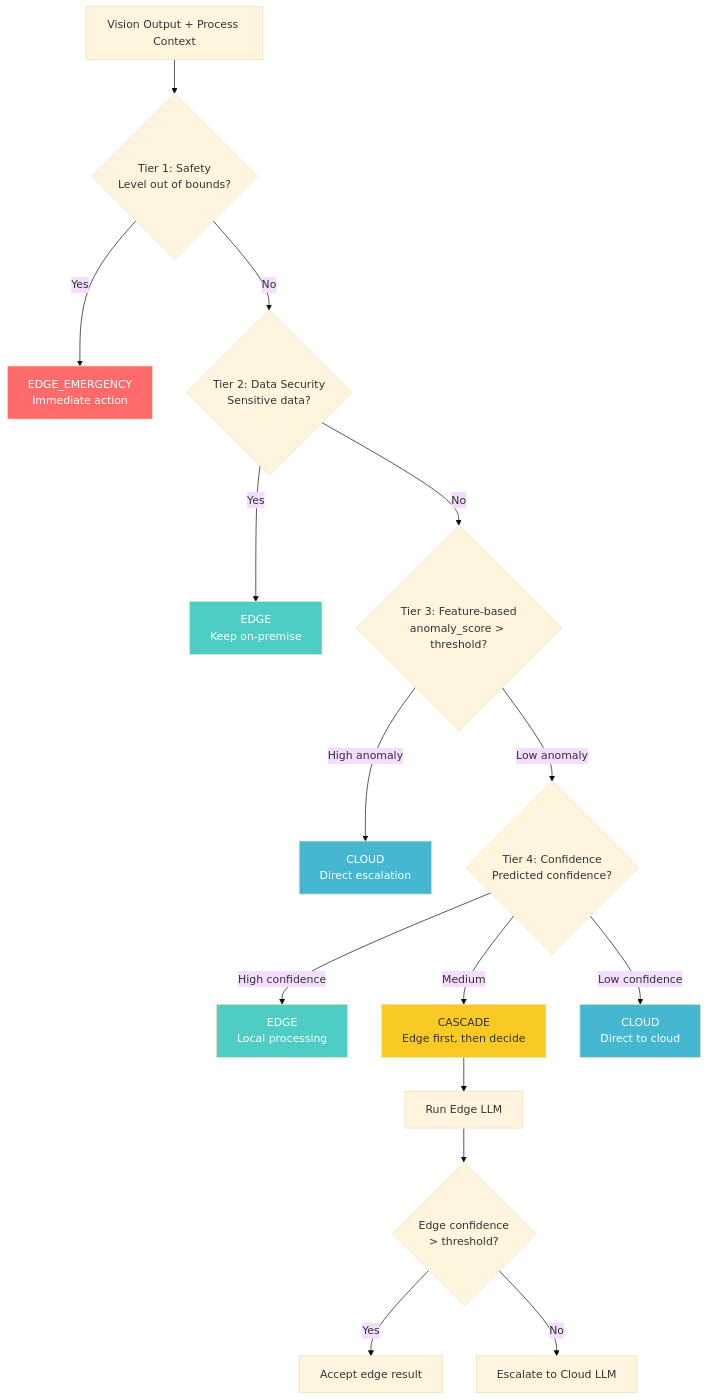
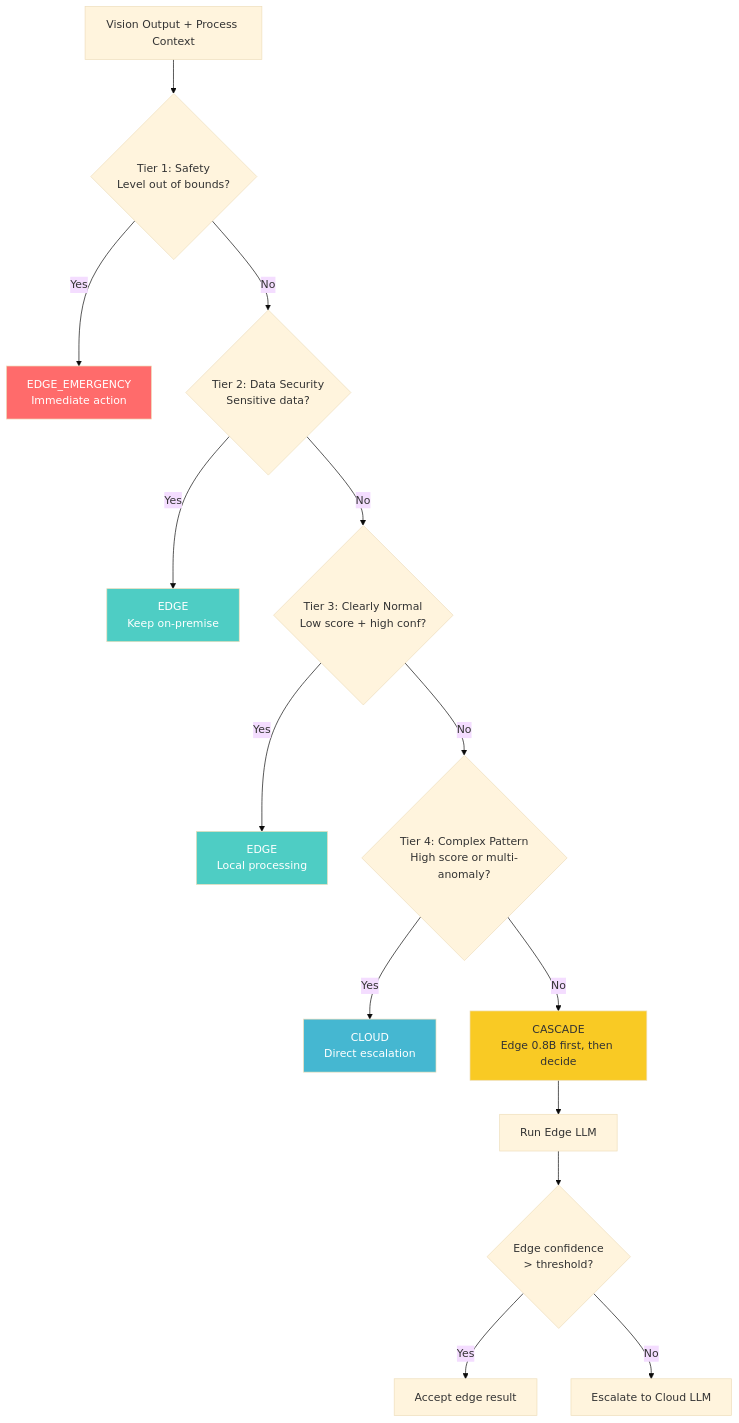
Before and after one commit to zcyyyds-test/EdgeCloudInference: the second of 3 diagrams in docs/architecture.md, drawn with Mermaid (base theme). The commit also changed other lines of this file and 29 other files, not shown here.

First line of the commit message:
refactor: replace 4B edge model with 0.8B + redesign routing architecture

````diff
--- a/docs/architecture.md
+++ b/docs/architecture.md
@@ -84,33 +84,31 @@
 ```mermaid
 flowchart TD
     Input["Vision Output + Process Context"] --> S1
 
     S1{"Tier 1: Safety<br/>Level out of bounds?"}
     S1 -->|Yes| Emergency["EDGE_EMERGENCY<br/>Immediate action"]
     S1 -->|No| S2
 
     S2{"Tier 2: Data Security<br/>Sensitive data?"}
     S2 -->|Yes| EdgeSecure["EDGE<br/>Keep on-premise"]
     S2 -->|No| S3
 
-    S3{"Tier 3: Feature-based<br/>anomaly_score > threshold?"}
-    S3 -->|High anomaly| CloudDirect["CLOUD<br/>Direct escalation"]
-    S3 -->|Low anomaly| S4
+    S3{"Tier 3: Clearly Normal<br/>Low score + high conf?"}
+    S3 -->|Yes| EdgeNormal["EDGE<br/>Local processing"]
+    S3 -->|No| S4
 
-    S4{"Tier 4: Confidence<br/>Predicted confidence?"}
-    S4 -->|High confidence| EdgeConf["EDGE<br/>Local processing"]
-    S4 -->|Medium| CascadeRoute["CASCADE<br/>Edge first, then decide"]
-    S4 -->|Low confidence| CloudConf["CLOUD<br/>Direct to cloud"]
+    S4{"Tier 4: Complex Pattern<br/>High score or multi-anomaly?"}
+    S4 -->|Yes| CloudDirect["CLOUD<br/>Direct escalation"]
+    S4 -->|No| CascadeRoute["CASCADE<br/>Edge 0.8B first, then decide"]
 
     CascadeRoute --> EdgeRun["Run Edge LLM"]
     EdgeRun --> ConfCheck{"Edge confidence<br/>> threshold?"}
     ConfCheck -->|Yes| Accept["Accept edge result"]
     ConfCheck -->|No| Escalate["Escalate to Cloud LLM"]
 
     style Emergency fill:#ff6b6b,color:#fff
     style EdgeSecure fill:#4ecdc4,color:#fff
     style CloudDirect fill:#45b7d1,color:#fff
-    style EdgeConf fill:#4ecdc4,color:#fff
+    style EdgeNormal fill:#4ecdc4,color:#fff
     style CascadeRoute fill:#f9ca24,color:#333
-    style CloudConf fill:#45b7d1,color:#fff
 ```
````
